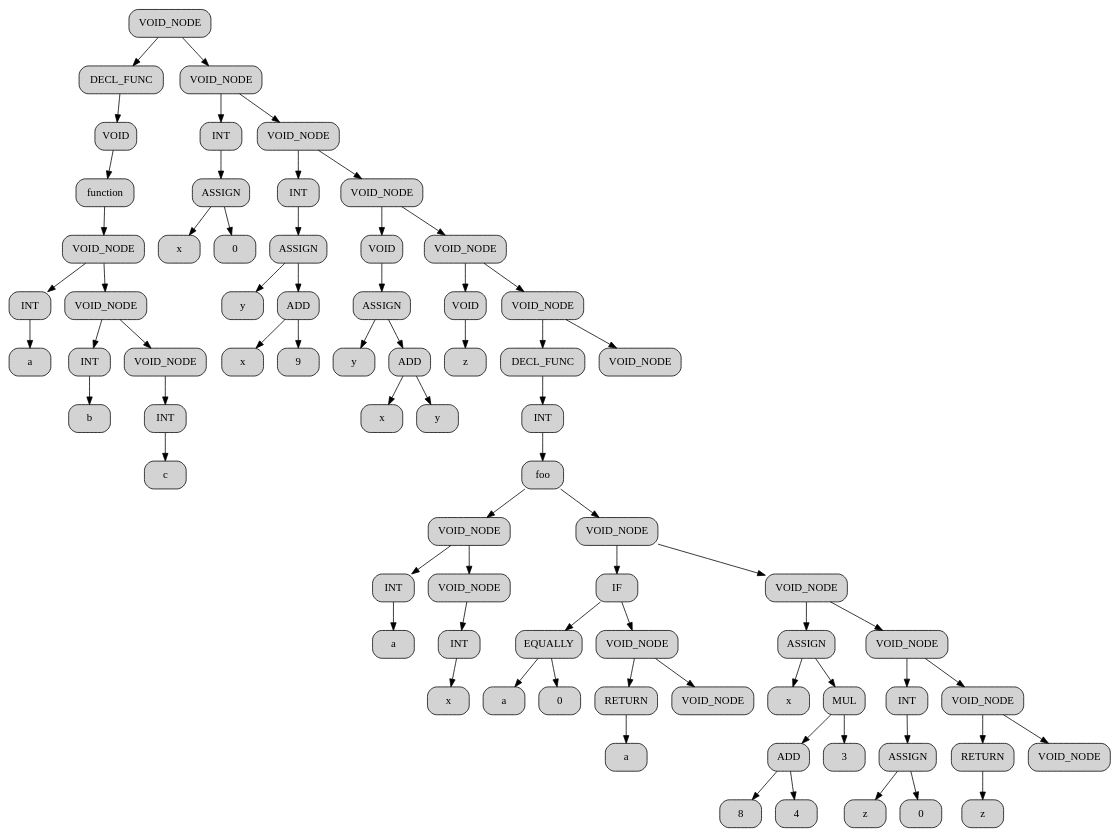
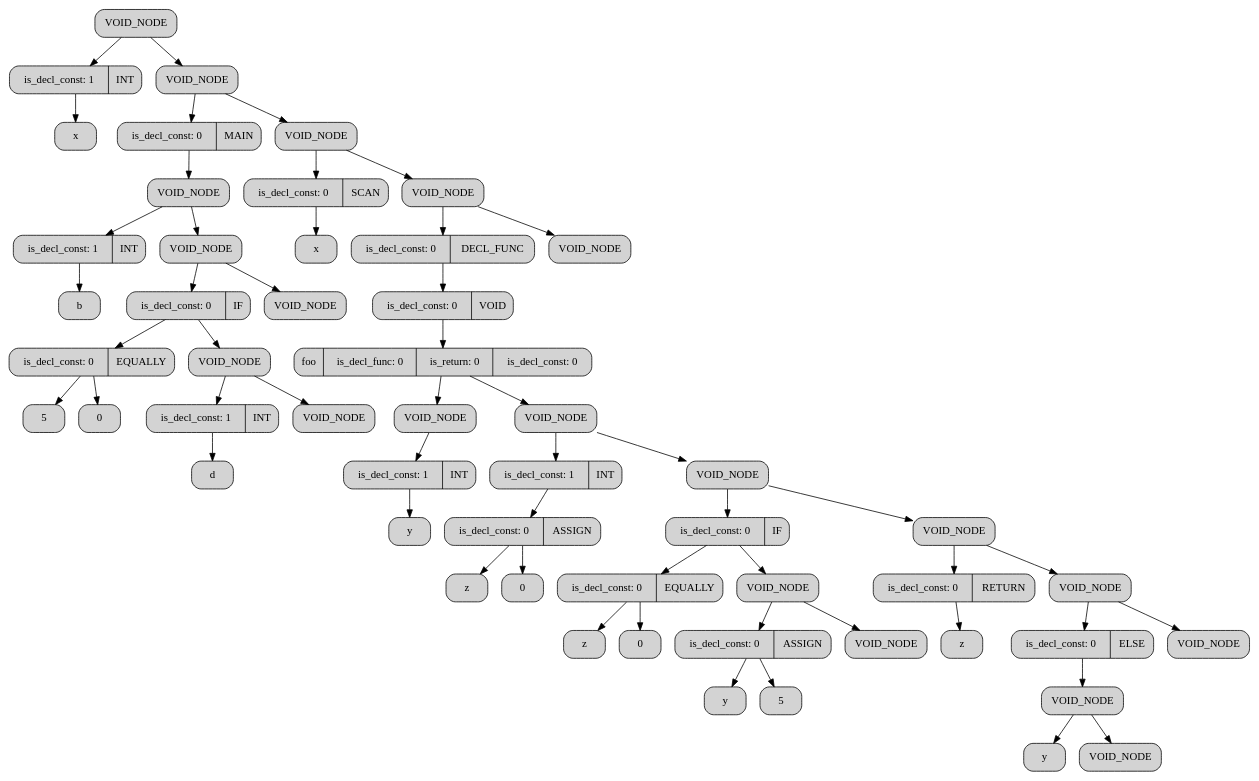
The diagram in FrontEnd/dump/dump.dot (Matvey34545/Compilator), drawn with Graphviz before and after one commit. The commit also changed 10 other files, not shown here.

```diff
--- a/FrontEnd/dump/dump.dot
+++ b/FrontEnd/dump/dump.dot
@@ -1,147 +1,109 @@
 digraph list{
 rankdir = HR
-node000002380a1b1590 [shape=Mrecord, style="filled",  label = "VOID_NODE"]
-node000002380a1b15d0 [shape=Mrecord, style="filled",  label = "DECL_FUNC"]
-node000002380a1b1610 [shape=Mrecord, style="filled",  label = "VOID"]
-node000002380a1b1650 [shape=Mrecord, style="filled",  label = "function"]
-node000002380a1b1690 [shape=Mrecord, style="filled",  label = "VOID_NODE"]
-node000002380a1b16d0 [shape=Mrecord, style="filled",  label = "INT"]
-node000002380a1b1710 [shape=Mrecord, style="filled",  label = "a"]
-node000002380a1b1750 [shape=Mrecord, style="filled",  label = "VOID_NODE"]
-node000002380a1b1790 [shape=Mrecord, style="filled",  label = "INT"]
-node000002380a1b17d0 [shape=Mrecord, style="filled",  label = "b"]
-node000002380a1b1810 [shape=Mrecord, style="filled",  label = "VOID_NODE"]
-node000002380a1b1850 [shape=Mrecord, style="filled",  label = "INT"]
-node000002380a1b1890 [shape=Mrecord, style="filled",  label = "c"]
-node000002380a1b18d0 [shape=Mrecord, style="filled",  label = "VOID_NODE"]
-node000002380a1b1910 [shape=Mrecord, style="filled",  label = "INT"]
-node000002380a1b1990 [shape=Mrecord, style="filled",  label = "ASSIGN"]
-node000002380a1b1950 [shape=Mrecord, style="filled",  label = "x"]
-node000002380a1b6980 [shape=Mrecord, style="filled",  label = "0"]
-node000002380a1b6ac0 [shape=Mrecord, style="filled",  label = "VOID_NODE"]
-node000002380a1b6a40 [shape=Mrecord, style="filled",  label = "INT"]
-node000002380a1b6b00 [shape=Mrecord, style="filled",  label = "ASSIGN"]
-node000002380a1b6940 [shape=Mrecord, style="filled",  label = "y"]
-node000002380a1b69c0 [shape=Mrecord, style="filled",  label = "ADD"]
-node000002380a1b6e40 [shape=Mrecord, style="filled",  label = "x"]
-node000002380a1b6c80 [shape=Mrecord, style="filled",  label = "9"]
-node000002380a1b6a00 [shape=Mrecord, style="filled",  label = "VOID_NODE"]
-node000002380a1b6fc0 [shape=Mrecord, style="filled",  label = "VOID"]
-node000002380a1b6a80 [shape=Mrecord, style="filled",  label = "ASSIGN"]
-node000002380a1b6e80 [shape=Mrecord, style="filled",  label = "y"]
-node000002380a1b6cc0 [shape=Mrecord, style="filled",  label = "ADD"]
-node000002380a1b6c00 [shape=Mrecord, style="filled",  label = "x"]
-node000002380a1b6dc0 [shape=Mrecord, style="filled",  label = "y"]
-node000002380a1b6ec0 [shape=Mrecord, style="filled",  label = "VOID_NODE"]
-node000002380a1b6f00 [shape=Mrecord, style="filled",  label = "VOID"]
-node000002380a1b6b40 [shape=Mrecord, style="filled",  label = "z"]
-node000002380a1b6b80 [shape=Mrecord, style="filled",  label = "VOID_NODE"]
-node000002380a1b6f40 [shape=Mrecord, style="filled",  label = "DECL_FUNC"]
-node000002380a1b6d00 [shape=Mrecord, style="filled",  label = "INT"]
-node000002380a1b6bc0 [shape=Mrecord, style="filled",  label = "foo"]
-node000002380a1b6f80 [shape=Mrecord, style="filled",  label = "VOID_NODE"]
-node000002380a1b6c40 [shape=Mrecord, style="filled",  label = "INT"]
-node000002380a1b6880 [shape=Mrecord, style="filled",  label = "a"]
-node000002380a1b6d80 [shape=Mrecord, style="filled",  label = "VOID_NODE"]
-node000002380a1b6d40 [shape=Mrecord, style="filled",  label = "INT"]
-node000002380a1b6e00 [shape=Mrecord, style="filled",  label = "x"]
-node000002380a1b68c0 [shape=Mrecord, style="filled",  label = "VOID_NODE"]
-node000002380a1b6900 [shape=Mrecord, style="filled",  label = "IF"]
-node000002380a1b83d0 [shape=Mrecord, style="filled",  label = "EQUALLY"]
-node000002380a1b7f10 [shape=Mrecord, style="filled",  label = "a"]
-node000002380a1b80d0 [shape=Mrecord, style="filled",  label = "0"]
-node000002380a1b7cd0 [shape=Mrecord, style="filled",  label = "VOID_NODE"]
-node000002380a1b7e10 [shape=Mrecord, style="filled",  label = "RETURN"]
-node000002380a1b7e50 [shape=Mrecord, style="filled",  label = "a"]
-node000002380a1b7790 [shape=Mrecord, style="filled",  label = "VOID_NODE"]
-node000002380a1b7b90 [shape=Mrecord, style="filled",  label = "VOID_NODE"]
-node000002380a1b7a10 [shape=Mrecord, style="filled",  label = "ASSIGN"]
-node000002380a1b7590 [shape=Mrecord, style="filled",  label = "x"]
-node000002380a1b8310 [shape=Mrecord, style="filled",  label = "MUL"]
-node000002380a1b7850 [shape=Mrecord, style="filled",  label = "ADD"]
-node000002380a1b7d10 [shape=Mrecord, style="filled",  label = "8"]
-node000002380a1b75d0 [shape=Mrecord, style="filled",  label = "4"]
-node000002380a1b7c90 [shape=Mrecord, style="filled",  label = "3"]
-node000002380a1b7a50 [shape=Mrecord, style="filled",  label = "VOID_NODE"]
-node000002380a1b7950 [shape=Mrecord, style="filled",  label = "INT"]
-node000002380a1b7990 [shape=Mrecord, style="filled",  label = "ASSIGN"]
-node000002380a1b8010 [shape=Mrecord, style="filled",  label = "z"]
-node000002380a1b7690 [shape=Mrecord, style="filled",  label = "0"]
-node000002380a1b7550 [shape=Mrecord, style="filled",  label = "VOID_NODE"]
-node000002380a1b77d0 [shape=Mrecord, style="filled",  label = "RETURN"]
-node000002380a1b7d90 [shape=Mrecord, style="filled",  label = "z"]
-node000002380a1b7a90 [shape=Mrecord, style="filled",  label = "VOID_NODE"]
-node000002380a1b7b50 [shape=Mrecord, style="filled",  label = "VOID_NODE"]
+node0000024466fa15a0 [shape=Mrecord, style="filled",  label = "VOID_NODE"]
+node0000024466fa15e0 [shape=Mrecord, style="filled",  label = "is_decl_const: 1 | INT"]
+node0000024466fa1620 [shape=Mrecord, style="filled",  label = "x"]
+node0000024466fa1660 [shape=Mrecord, style="filled",  label = "VOID_NODE"]
+node0000024466fa16a0 [shape=Mrecord, style="filled",  label = "is_decl_const: 0 | MAIN"]
+node0000024466fa16e0 [shape=Mrecord, style="filled",  label = "VOID_NODE"]
+node0000024466fa1720 [shape=Mrecord, style="filled",  label = "is_decl_const: 1 | INT"]
+node0000024466fa1760 [shape=Mrecord, style="filled",  label = "b"]
+node0000024466fa17a0 [shape=Mrecord, style="filled",  label = "VOID_NODE"]
+node0000024466fa17e0 [shape=Mrecord, style="filled",  label = "is_decl_const: 0 | IF"]
+node0000024466fa1860 [shape=Mrecord, style="filled",  label = "is_decl_const: 0 | EQUALLY"]
+node0000024466fa1820 [shape=Mrecord, style="filled",  label = "5"]
+node0000024466fa18a0 [shape=Mrecord, style="filled",  label = "0"]
+node0000024466fa18e0 [shape=Mrecord, style="filled",  label = "VOID_NODE"]
+node0000024466fa1920 [shape=Mrecord, style="filled",  label = "is_decl_const: 1 | INT"]
+node0000024466fa1960 [shape=Mrecord, style="filled",  label = "d"]
+node0000024466fa19a0 [shape=Mrecord, style="filled",  label = "VOID_NODE"]
+node0000024466fa6dc0 [shape=Mrecord, style="filled",  label = "VOID_NODE"]
+node0000024466fa6c80 [shape=Mrecord, style="filled",  label = "VOID_NODE"]
+node0000024466fa6e00 [shape=Mrecord, style="filled",  label = "is_decl_const: 0 | SCAN"]
+node0000024466fa6c00 [shape=Mrecord, style="filled",  label = "x"]
+node0000024466fa6d00 [shape=Mrecord, style="filled",  label = "VOID_NODE"]
+node0000024466fa6e40 [shape=Mrecord, style="filled",  label = "is_decl_const: 0 | DECL_FUNC"]
+node0000024466fa6bc0 [shape=Mrecord, style="filled",  label = "is_decl_const: 0 | VOID"]
+node0000024466fa6a00 [shape=Mrecord, style="filled",  label = "foo| is_decl_func: 0 | is_return: 0 | is_decl_const: 0"]
+node0000024466fa6a40 [shape=Mrecord, style="filled",  label = "VOID_NODE"]
+node0000024466fa6d40 [shape=Mrecord, style="filled",  label = "is_decl_const: 1 | INT"]
+node0000024466fa6980 [shape=Mrecord, style="filled",  label = "y"]
+node0000024466fa6f00 [shape=Mrecord, style="filled",  label = "VOID_NODE"]
+node0000024466fa6c40 [shape=Mrecord, style="filled",  label = "is_decl_const: 1 | INT"]
+node0000024466fa6b80 [shape=Mrecord, style="filled",  label = "is_decl_const: 0 | ASSIGN"]
+node0000024466fa6d80 [shape=Mrecord, style="filled",  label = "z"]
+node0000024466fa6a80 [shape=Mrecord, style="filled",  label = "0"]
+node0000024466fa6cc0 [shape=Mrecord, style="filled",  label = "VOID_NODE"]
+node0000024466fa6fc0 [shape=Mrecord, style="filled",  label = "is_decl_const: 0 | IF"]
+node0000024466fa6e80 [shape=Mrecord, style="filled",  label = "is_decl_const: 0 | EQUALLY"]
+node0000024466fa6ac0 [shape=Mrecord, style="filled",  label = "z"]
+node0000024466fa6880 [shape=Mrecord, style="filled",  label = "0"]
+node0000024466fa6ec0 [shape=Mrecord, style="filled",  label = "VOID_NODE"]
+node0000024466fa6b00 [shape=Mrecord, style="filled",  label = "is_decl_const: 0 | ASSIGN"]
+node0000024466fa68c0 [shape=Mrecord, style="filled",  label = "y"]
+node0000024466fa6f40 [shape=Mrecord, style="filled",  label = "5"]
+node0000024466fa6940 [shape=Mrecord, style="filled",  label = "VOID_NODE"]
+node0000024466fa6b40 [shape=Mrecord, style="filled",  label = "VOID_NODE"]
+node0000024466fa69c0 [shape=Mrecord, style="filled",  label = "is_decl_const: 0 | RETURN"]
+node0000024466fa6f80 [shape=Mrecord, style="filled",  label = "z"]
+node0000024466fa6900 [shape=Mrecord, style="filled",  label = "VOID_NODE"]
+node0000024466fa8150 [shape=Mrecord, style="filled",  label = "is_decl_const: 0 | ELSE"]
+node0000024466fa8190 [shape=Mrecord, style="filled",  label = "VOID_NODE"]
+node0000024466fa7d10 [shape=Mrecord, style="filled",  label = "y"]
+node0000024466fa7c50 [shape=Mrecord, style="filled",  label = "VOID_NODE"]
+node0000024466fa7f10 [shape=Mrecord, style="filled",  label = "VOID_NODE"]
+node0000024466fa8010 [shape=Mrecord, style="filled",  label = "VOID_NODE"]
 edge[color=black]
-node000002380a1b1590->node000002380a1b15d0
-node000002380a1b15d0->node000002380a1b1610
-node000002380a1b1610->node000002380a1b1650
-node000002380a1b1650->node000002380a1b1690
-node000002380a1b1690->node000002380a1b16d0
-node000002380a1b16d0->node000002380a1b1710
-node000002380a1b1690->node000002380a1b1750
-node000002380a1b1750->node000002380a1b1790
-node000002380a1b1790->node000002380a1b17d0
-node000002380a1b1750->node000002380a1b1810
-node000002380a1b1810->node000002380a1b1850
-node000002380a1b1850->node000002380a1b1890
-node000002380a1b1590->node000002380a1b18d0
-node000002380a1b18d0->node000002380a1b1910
-node000002380a1b1910->node000002380a1b1990
-node000002380a1b1990->node000002380a1b1950
-node000002380a1b1990->node000002380a1b6980
-node000002380a1b18d0->node000002380a1b6ac0
-node000002380a1b6ac0->node000002380a1b6a40
-node000002380a1b6a40->node000002380a1b6b00
-node000002380a1b6b00->node000002380a1b6940
-node000002380a1b6b00->node000002380a1b69c0
-node000002380a1b69c0->node000002380a1b6e40
-node000002380a1b69c0->node000002380a1b6c80
-node000002380a1b6ac0->node000002380a1b6a00
-node000002380a1b6a00->node000002380a1b6fc0
-node000002380a1b6fc0->node000002380a1b6a80
-node000002380a1b6a80->node000002380a1b6e80
-node000002380a1b6a80->node000002380a1b6cc0
-node000002380a1b6cc0->node000002380a1b6c00
-node000002380a1b6cc0->node000002380a1b6dc0
-node000002380a1b6a00->node000002380a1b6ec0
-node000002380a1b6ec0->node000002380a1b6f00
-node000002380a1b6f00->node000002380a1b6b40
-node000002380a1b6ec0->node000002380a1b6b80
-node000002380a1b6b80->node000002380a1b6f40
-node000002380a1b6f40->node000002380a1b6d00
-node000002380a1b6d00->node000002380a1b6bc0
-node000002380a1b6bc0->node000002380a1b6f80
-node000002380a1b6f80->node000002380a1b6c40
-node000002380a1b6c40->node000002380a1b6880
-node000002380a1b6f80->node000002380a1b6d80
-node000002380a1b6d80->node000002380a1b6d40
-node000002380a1b6d40->node000002380a1b6e00
-node000002380a1b6bc0->node000002380a1b68c0
-node000002380a1b68c0->node000002380a1b6900
-node000002380a1b6900->node000002380a1b83d0
-node000002380a1b83d0->node000002380a1b7f10
-node000002380a1b83d0->node000002380a1b80d0
-node000002380a1b6900->node000002380a1b7cd0
-node000002380a1b7cd0->node000002380a1b7e10
-node000002380a1b7e10->node000002380a1b7e50
-node000002380a1b7cd0->node000002380a1b7790
-node000002380a1b68c0->node000002380a1b7b90
-node000002380a1b7b90->node000002380a1b7a10
-node000002380a1b7a10->node000002380a1b7590
-node000002380a1b7a10->node000002380a1b8310
-node000002380a1b8310->node000002380a1b7850
-node000002380a1b7850->node000002380a1b7d10
-node000002380a1b7850->node000002380a1b75d0
-node000002380a1b8310->node000002380a1b7c90
-node000002380a1b7b90->node000002380a1b7a50
-node000002380a1b7a50->node000002380a1b7950
-node000002380a1b7950->node000002380a1b7990
-node000002380a1b7990->node000002380a1b8010
-node000002380a1b7990->node000002380a1b7690
-node000002380a1b7a50->node000002380a1b7550
-node000002380a1b7550->node000002380a1b77d0
-node000002380a1b77d0->node000002380a1b7d90
-node000002380a1b7550->node000002380a1b7a90
-node000002380a1b6b80->node000002380a1b7b50
+node0000024466fa15a0->node0000024466fa15e0
+node0000024466fa15e0->node0000024466fa1620
+node0000024466fa15a0->node0000024466fa1660
+node0000024466fa1660->node0000024466fa16a0
+node0000024466fa16a0->node0000024466fa16e0
+node0000024466fa16e0->node0000024466fa1720
+node0000024466fa1720->node0000024466fa1760
+node0000024466fa16e0->node0000024466fa17a0
+node0000024466fa17a0->node0000024466fa17e0
+node0000024466fa17e0->node0000024466fa1860
+node0000024466fa1860->node0000024466fa1820
+node0000024466fa1860->node0000024466fa18a0
+node0000024466fa17e0->node0000024466fa18e0
+node0000024466fa18e0->node0000024466fa1920
+node0000024466fa1920->node0000024466fa1960
+node0000024466fa18e0->node0000024466fa19a0
+node0000024466fa17a0->node0000024466fa6dc0
+node0000024466fa1660->node0000024466fa6c80
+node0000024466fa6c80->node0000024466fa6e00
+node0000024466fa6e00->node0000024466fa6c00
+node0000024466fa6c80->node0000024466fa6d00
+node0000024466fa6d00->node0000024466fa6e40
+node0000024466fa6e40->node0000024466fa6bc0
+node0000024466fa6bc0->node0000024466fa6a00
+node0000024466fa6a00->node0000024466fa6a40
+node0000024466fa6a40->node0000024466fa6d40
+node0000024466fa6d40->node0000024466fa6980
+node0000024466fa6a00->node0000024466fa6f00
+node0000024466fa6f00->node0000024466fa6c40
+node0000024466fa6c40->node0000024466fa6b80
+node0000024466fa6b80->node0000024466fa6d80
+node0000024466fa6b80->node0000024466fa6a80
+node0000024466fa6f00->node0000024466fa6cc0
+node0000024466fa6cc0->node0000024466fa6fc0
+node0000024466fa6fc0->node0000024466fa6e80
+node0000024466fa6e80->node0000024466fa6ac0
+node0000024466fa6e80->node0000024466fa6880
+node0000024466fa6fc0->node0000024466fa6ec0
+node0000024466fa6ec0->node0000024466fa6b00
+node0000024466fa6b00->node0000024466fa68c0
+node0000024466fa6b00->node0000024466fa6f40
+node0000024466fa6ec0->node0000024466fa6940
+node0000024466fa6cc0->node0000024466fa6b40
+node0000024466fa6b40->node0000024466fa69c0
+node0000024466fa69c0->node0000024466fa6f80
+node0000024466fa6b40->node0000024466fa6900
+node0000024466fa6900->node0000024466fa8150
+node0000024466fa8150->node0000024466fa8190
+node0000024466fa8190->node0000024466fa7d10
+node0000024466fa8190->node0000024466fa7c50
+node0000024466fa6900->node0000024466fa7f10
+node0000024466fa6d00->node0000024466fa8010
 }
```
